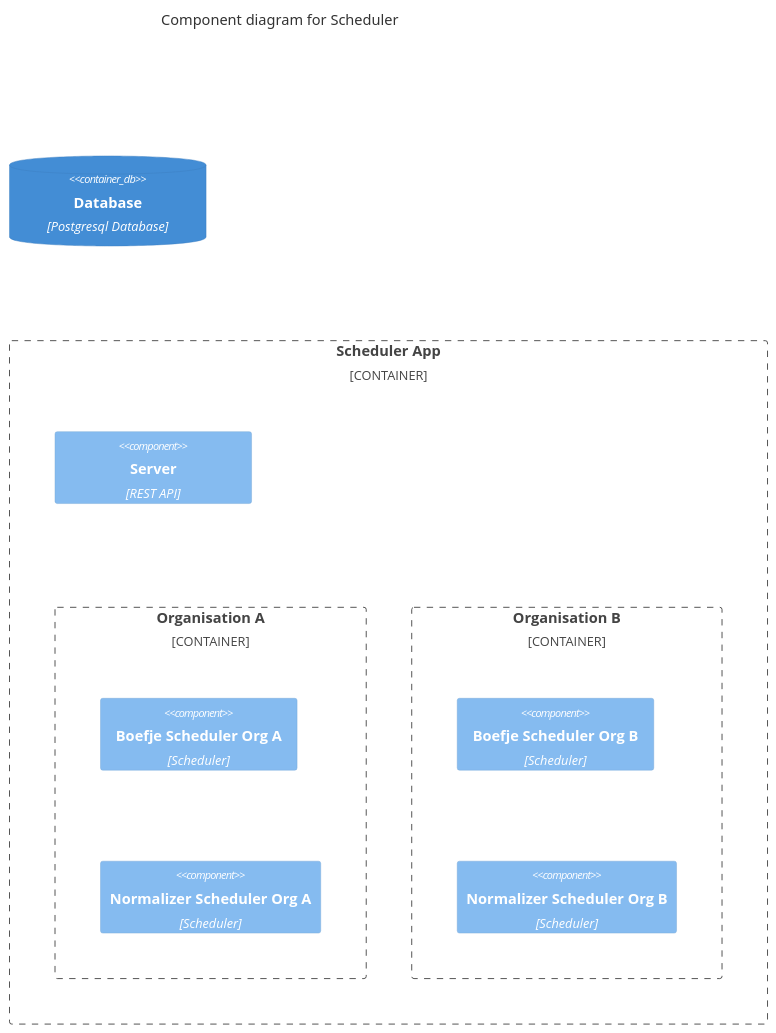
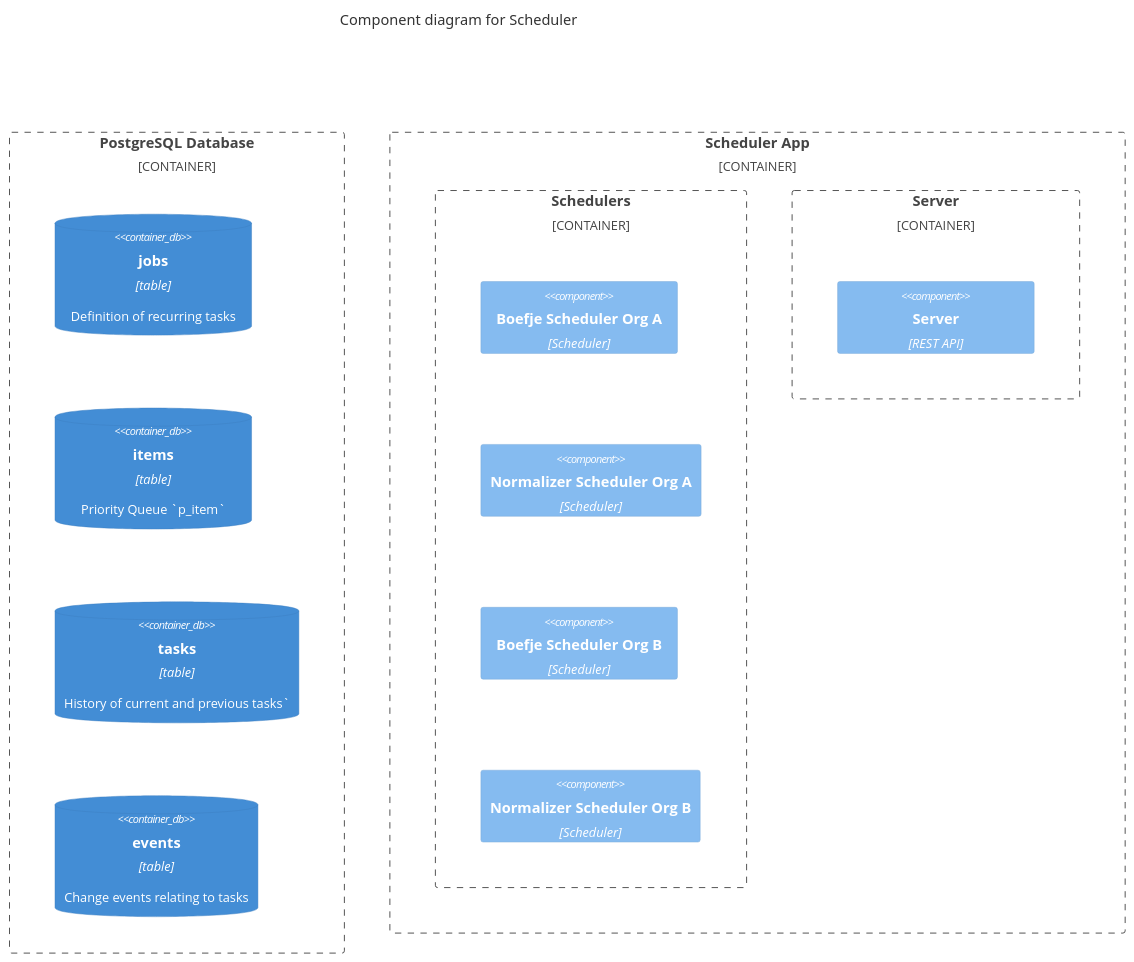
One commit to minvws/nl-kat-coordination changed the second of 12 diagrams in mula/docs/architecture.md. Above: the diagram before and after it, drawn with Mermaid. The commit also changed other lines of this file, not shown here.

````diff
--- a/mula/docs/architecture.md
+++ b/mula/docs/architecture.md
@@ -79,20 +77,24 @@
 ```mermaid
 C4Component
     title Component diagram for Scheduler
 
-    ContainerDb(db, "Database", "Postgresql Database", "")
+    Container_Boundary(database, "PostgreSQL Database") {
+        ContainerDb(tbl_jobs, "jobs", "table", "Definition of recurring tasks")
+        ContainerDb(tbl_items, "items", "table", "Priority Queue `p_item`")
+        ContainerDb(tbl_tasks, "tasks", "table", "History of current and previous tasks`")
+        ContainerDb(tbl_events, "events", "table", "Change events relating to tasks")
+    }
 
     Container_Boundary(scheduler_app, "Scheduler App") {
-        Container_Boundary(organisation_a, "Organisation A") {
+        Container_Boundary(schedulers, "Schedulers") {
             Component(boefje_scheduler_a, "Boefje Scheduler Org A", "Scheduler", "")
             Component(normalizer_scheduler_a, "Normalizer Scheduler Org A", "Scheduler", "")
-        }
-
-        Container_Boundary(organisation_b, "Organisation B") {
             Component(boefje_scheduler_b, "Boefje Scheduler Org B", "Scheduler", "")
             Component(normalizer_scheduler_b, "Normalizer Scheduler Org B", "Scheduler", "")
         }
 
+    Container_Boundary(server, "Server") {
         Component(server, "Server", "REST API")
     }
+}
 ```
````
